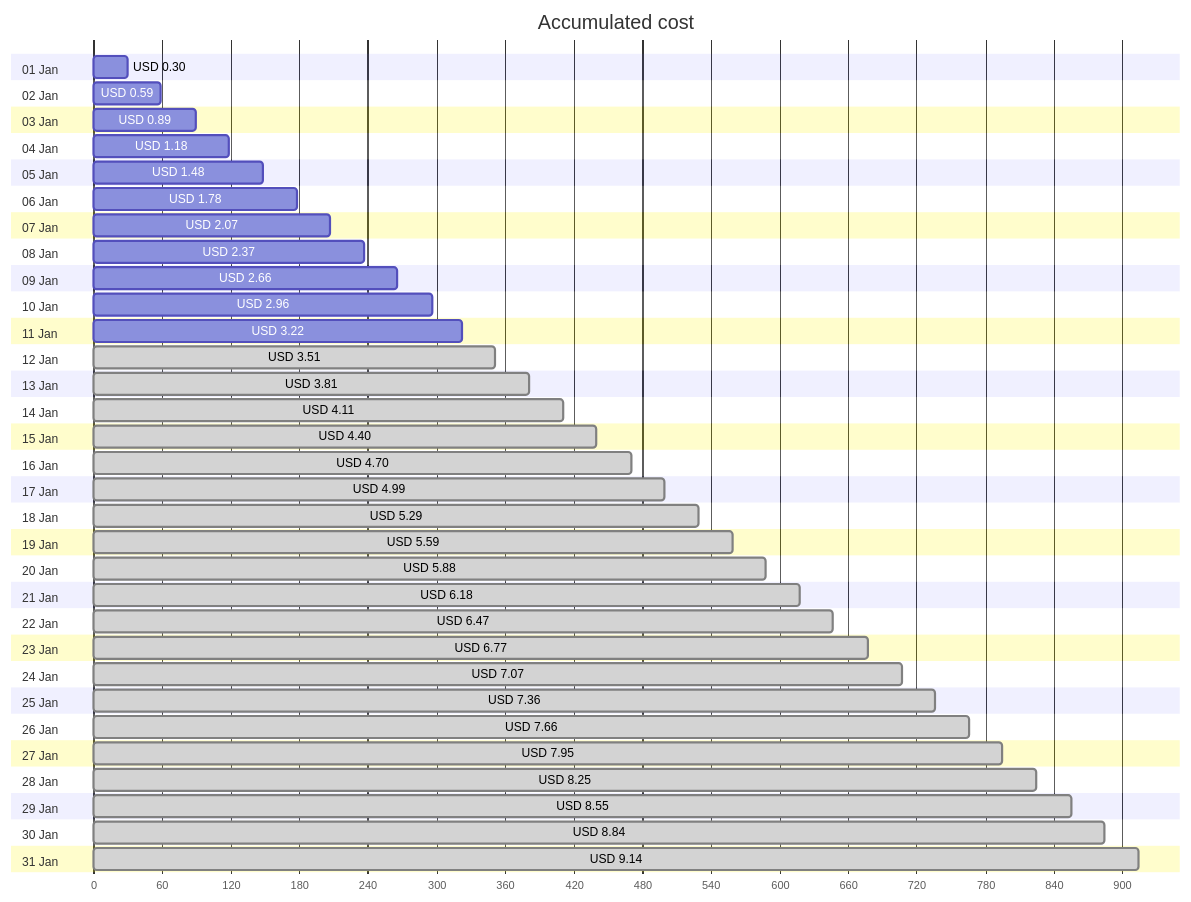
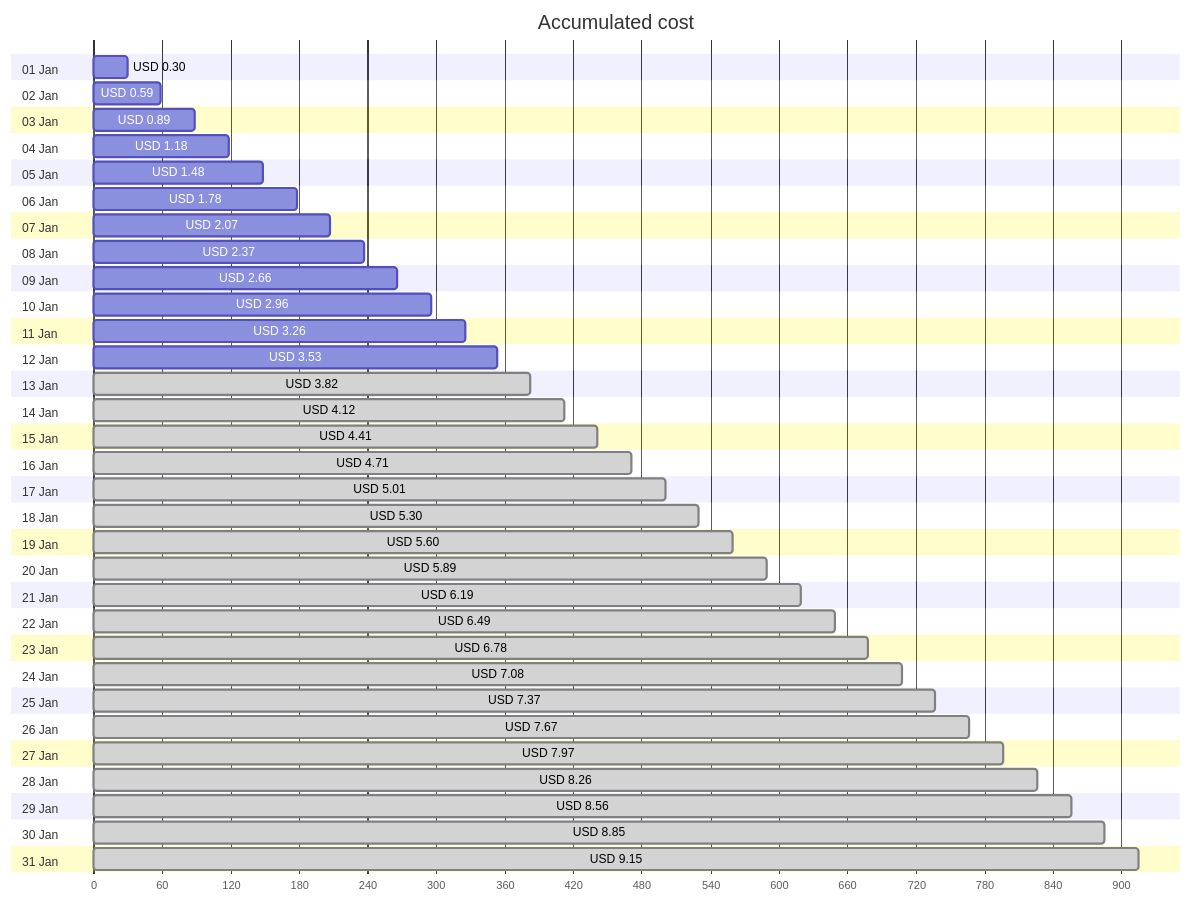
Before and after one commit to jpfulton/azure-personal-reports: the first of 4 diagrams in cost-reports/personal-site/personal-site.md, drawn with Mermaid. The commit also changed other lines of this file and 6 other files, not shown here.

````diff
--- a/cost-reports/personal-site/personal-site.md
+++ b/cost-reports/personal-site/personal-site.md
@@ -20,68 +20,68 @@
 ```mermaid
 gantt
    title Accumulated cost
    dateFormat  X
    axisFormat %s
    section 01 Jan
    USD 0.30 :0, 30
    section 02 Jan
    USD 0.59 :0, 59
    section 03 Jan
    USD 0.89 :0, 89
    section 04 Jan
    USD 1.18 :0, 118
    section 05 Jan
    USD 1.48 :0, 148
    section 06 Jan
    USD 1.78 :0, 178
    section 07 Jan
    USD 2.07 :0, 207
    section 08 Jan
    USD 2.37 :0, 237
    section 09 Jan
    USD 2.66 :0, 266
    section 10 Jan
    USD 2.96 :0, 296
    section 11 Jan
-   USD 3.22 :0, 322
+   USD 3.26 :0, 326
    section 12 Jan
-   USD 3.51 : done, 0, 351
+   USD 3.53 :0, 353
    section 13 Jan
-   USD 3.81 : done, 0, 381
+   USD 3.82 : done, 0, 382
    section 14 Jan
-   USD 4.11 : done, 0, 411
+   USD 4.12 : done, 0, 412
    section 15 Jan
-   USD 4.40 : done, 0, 440
+   USD 4.41 : done, 0, 441
    section 16 Jan
-   USD 4.70 : done, 0, 470
+   USD 4.71 : done, 0, 471
    section 17 Jan
-   USD 4.99 : done, 0, 499
+   USD 5.01 : done, 0, 501
    section 18 Jan
-   USD 5.29 : done, 0, 529
+   USD 5.30 : done, 0, 530
    section 19 Jan
-   USD 5.59 : done, 0, 559
+   USD 5.60 : done, 0, 560
    section 20 Jan
-   USD 5.88 : done, 0, 588
+   USD 5.89 : done, 0, 589
    section 21 Jan
-   USD 6.18 : done, 0, 618
+   USD 6.19 : done, 0, 619
    section 22 Jan
-   USD 6.47 : done, 0, 647
+   USD 6.49 : done, 0, 649
    section 23 Jan
-   USD 6.77 : done, 0, 677
+   USD 6.78 : done, 0, 678
    section 24 Jan
-   USD 7.07 : done, 0, 707
+   USD 7.08 : done, 0, 708
    section 25 Jan
-   USD 7.36 : done, 0, 736
+   USD 7.37 : done, 0, 737
    section 26 Jan
-   USD 7.66 : done, 0, 766
+   USD 7.67 : done, 0, 767
    section 27 Jan
-   USD 7.95 : done, 0, 795
+   USD 7.97 : done, 0, 797
    section 28 Jan
-   USD 8.25 : done, 0, 825
+   USD 8.26 : done, 0, 826
    section 29 Jan
-   USD 8.55 : done, 0, 855
+   USD 8.56 : done, 0, 856
    section 30 Jan
-   USD 8.84 : done, 0, 884
+   USD 8.85 : done, 0, 885
    section 31 Jan
-   USD 9.14 : done, 0, 914
+   USD 9.15 : done, 0, 915
 ```
````
